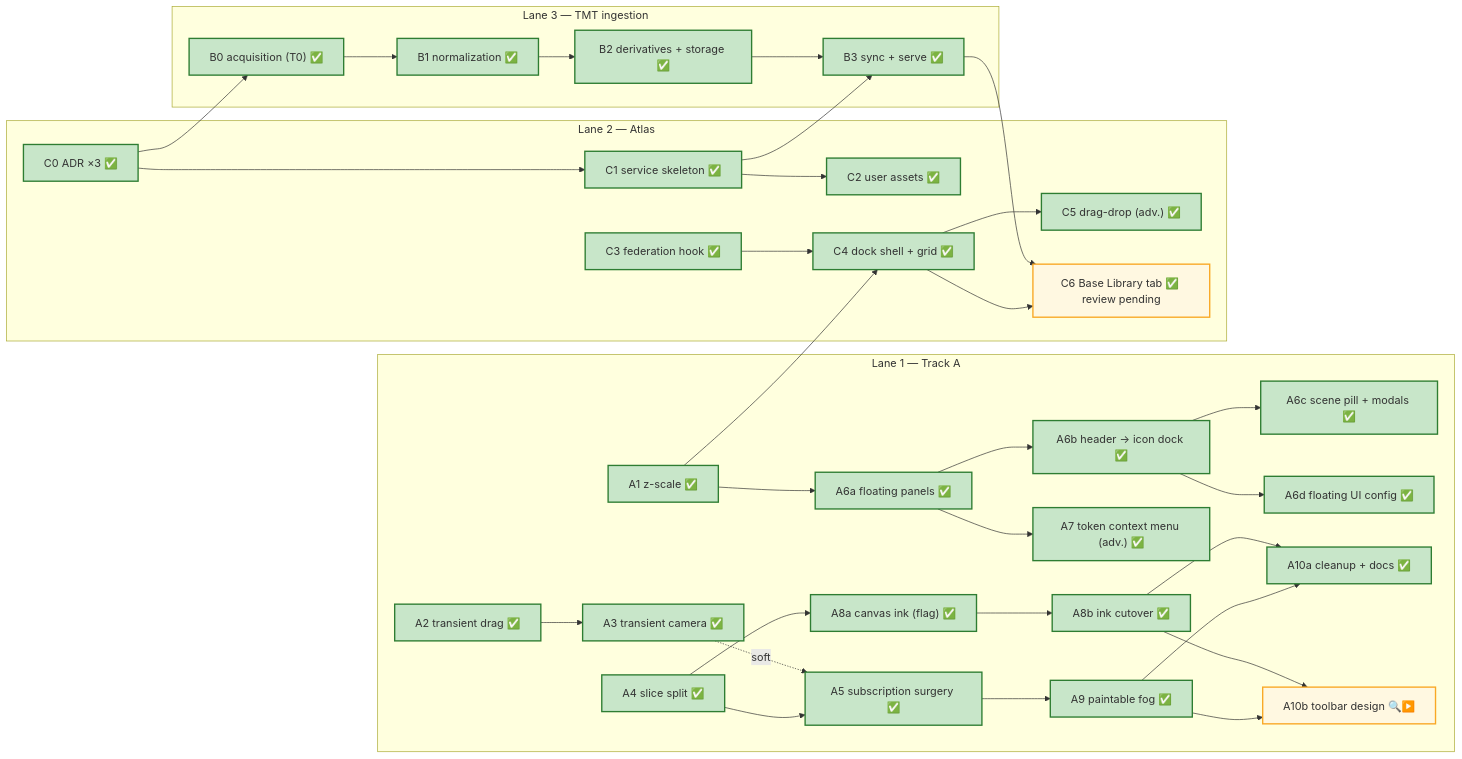
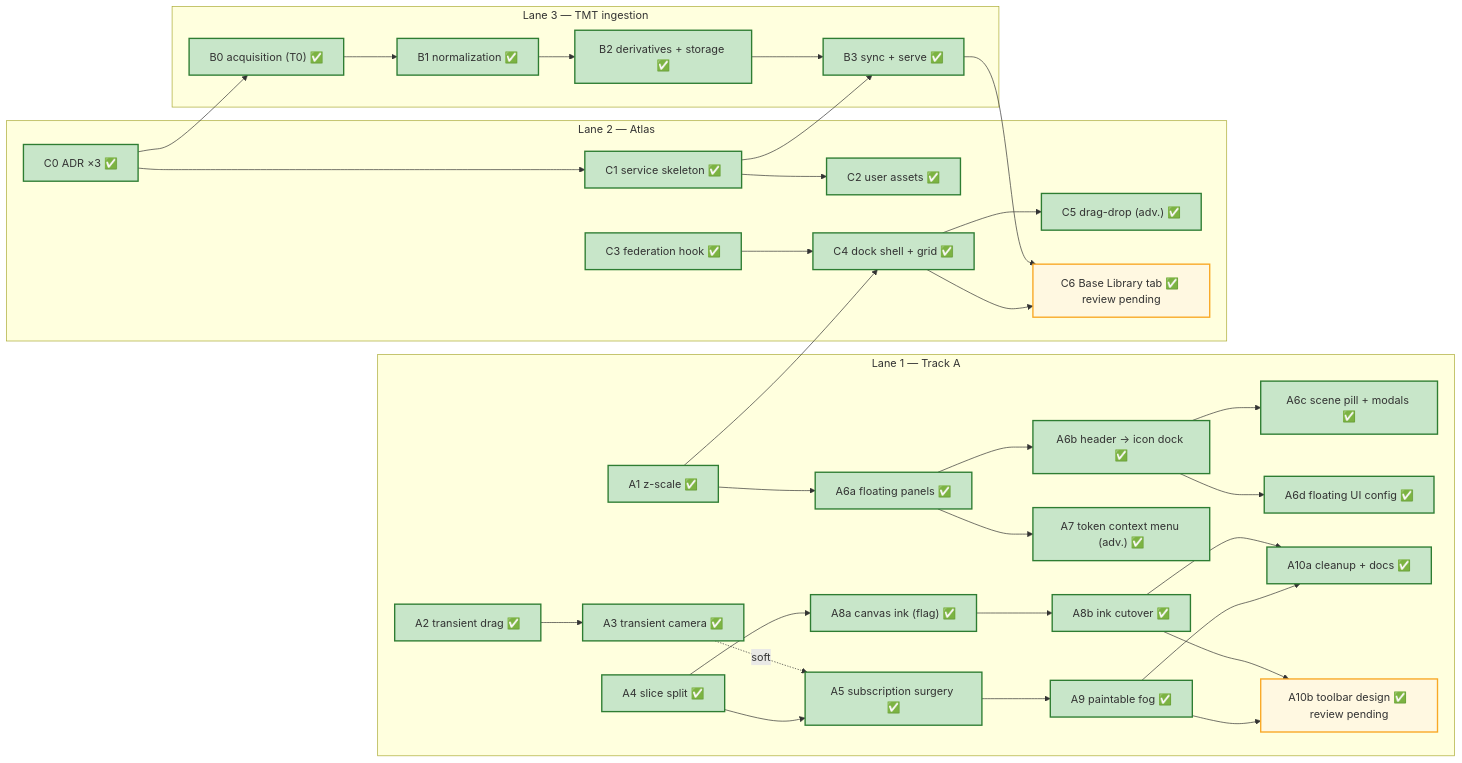
Before and after one commit to joelmale/nexusVTT: the diagram in docs/roadmap/ROADMAP.md, drawn with Mermaid. The commit also changed other lines of this file and 1 other file, not shown here.

Commit message:
chore(roadmap): record A10b visual gate state

````diff
--- a/docs/roadmap/ROADMAP.md
+++ b/docs/roadmap/ROADMAP.md
@@ -46,62 +46,62 @@
 ```mermaid
 flowchart LR
   classDef gate stroke:#e11,stroke-width:3px
   classDef adr fill:#f4e8ff,stroke:#95f
   classDef done fill:#c8e6c9,stroke:#2e7d32,stroke-width:2px
   classDef pending fill:#fff8e1,stroke:#f9a825,stroke-width:2px
   classDef ready fill:#e3f2fd,stroke:#1976d2,stroke-width:2px
 
   subgraph LaneA["Lane 1 — Track A"]
     A1["A1 z-scale ✅"]:::done
     A2["A2 transient drag ✅"]:::done
     A3["A3 transient camera ✅"]:::done
     A4["A4 slice split ✅"]:::done
     A5["A5 subscription surgery ✅"]:::done
     A6a["A6a floating panels ✅"]:::done
     A6b["A6b header → icon dock ✅"]:::done
     A6c["A6c scene pill + modals ✅"]:::done
     A6d["A6d floating UI config ✅"]:::done
     A7["A7 token context menu (adv.) ✅"]:::done
     A8a["A8a canvas ink (flag) ✅"]:::done
     A8b["A8b ink cutover ✅"]:::done
     A9["A9 paintable fog ✅"]:::done
     A10a["A10a cleanup + docs ✅"]:::done
-    A10b["A10b toolbar design 🔍▶️"]:::pending
+    A10b["A10b toolbar design ✅ review pending"]:::pending
   end
 
   subgraph LaneC["Lane 2 — Atlas"]
     C0["C0 ADR ×3 ✅"]:::done
     C1["C1 service skeleton ✅"]:::done
     C2["C2 user assets ✅"]:::done
     C3["C3 federation hook ✅"]:::done
     C4["C4 dock shell + grid ✅"]:::done
     C5["C5 drag-drop (adv.) ✅"]:::done
     C6["C6 Base Library tab ✅ review pending"]:::pending
   end
 
   subgraph LaneB["Lane 3 — TMT ingestion"]
     B0["B0 acquisition (T0) ✅"]:::done
     B1["B1 normalization ✅"]:::done
     B2["B2 derivatives + storage ✅"]:::done
     B3["B3 sync + serve ✅"]:::done
   end
 
   A2 --> A3
   A3 -.soft.-> A5
   A4 --> A5
   A1 --> A6a --> A6b --> A6c
   A6b --> A6d
   A6a --> A7
   A4 --> A8a --> A8b
   A5 --> A9
   A8b & A9 --> A10a
   A8b & A9 --> A10b
 
   C0 --> C1 --> C2
   C0 --> B0 --> B1 --> B2 --> B3
   C1 --> B3
   C3 --> C4 --> C5
   A1 --> C4
   B3 --> C6
   C4 --> C6
 ```
````
